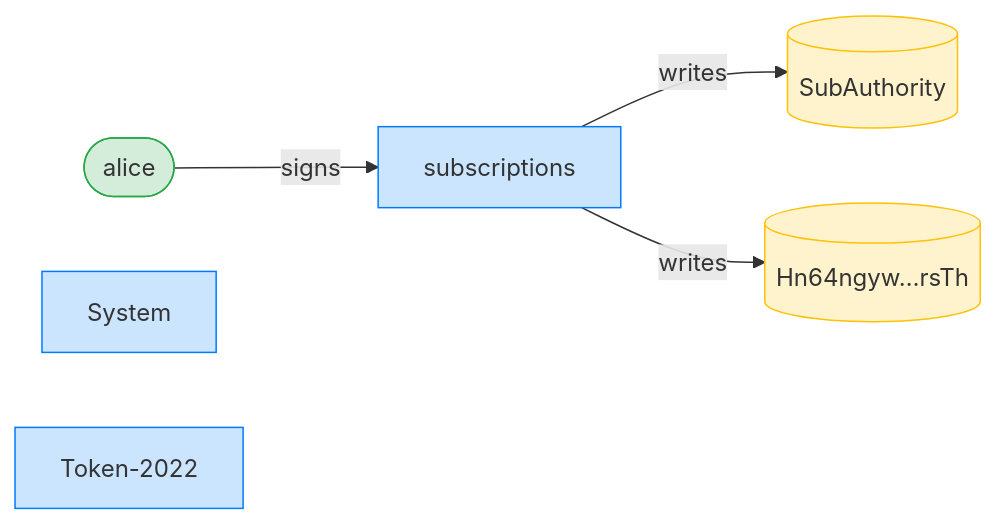
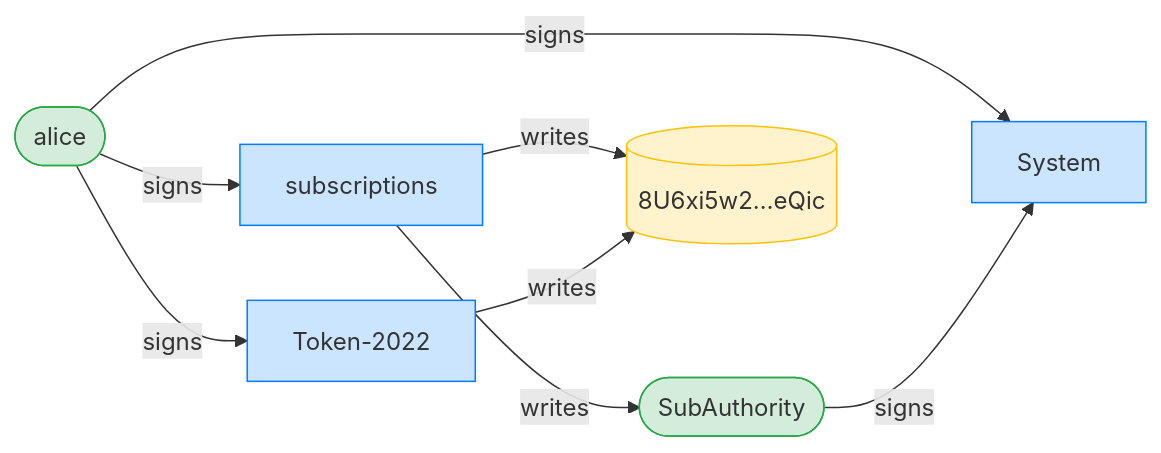
The third of 12 diagrams in dsl_tests/recurring-transfer-over-a-token-2022-confidential-transfer-mint.md (cds-rs/subscriptions), drawn with Mermaid before and after one commit. The commit also changed other lines of this file and 224 other files, not shown here.

````diff
--- a/dsl_tests/recurring-transfer-over-a-token-2022-confidential-transfer-mint.md
+++ b/dsl_tests/recurring-transfer-over-a-token-2022-confidential-transfer-mint.md
@@ -55,15 +56,19 @@
 ```mermaid
 flowchart LR
     classDef signer fill:#d4edda,stroke:#28a745;
     classDef program fill:#cce5ff,stroke:#007bff;
     classDef writable fill:#fff3cd,stroke:#ffc107;
     subscriptions[subscriptions]:::program
     alice([alice]):::signer
-    SubAuthority[(SubAuthority)]:::writable
-    Hn64ngyw_rsTh[("Hn64ngyw…rsTh")]:::writable
+    SubAuthority([SubAuthority]):::signer
+    8U6xi5w2_eQic[("8U6xi5w2…eQic")]:::writable
     System[System]:::program
     Token_2022["Token-2022"]:::program
     alice -->|signs| subscriptions
+    alice -->|signs| System
+    SubAuthority -->|signs| System
+    alice -->|signs| Token_2022
     subscriptions -->|writes| SubAuthority
-    subscriptions -->|writes| Hn64ngyw_rsTh
+    subscriptions -->|writes| 8U6xi5w2_eQic
+    Token_2022 -->|writes| 8U6xi5w2_eQic
 ```
````
